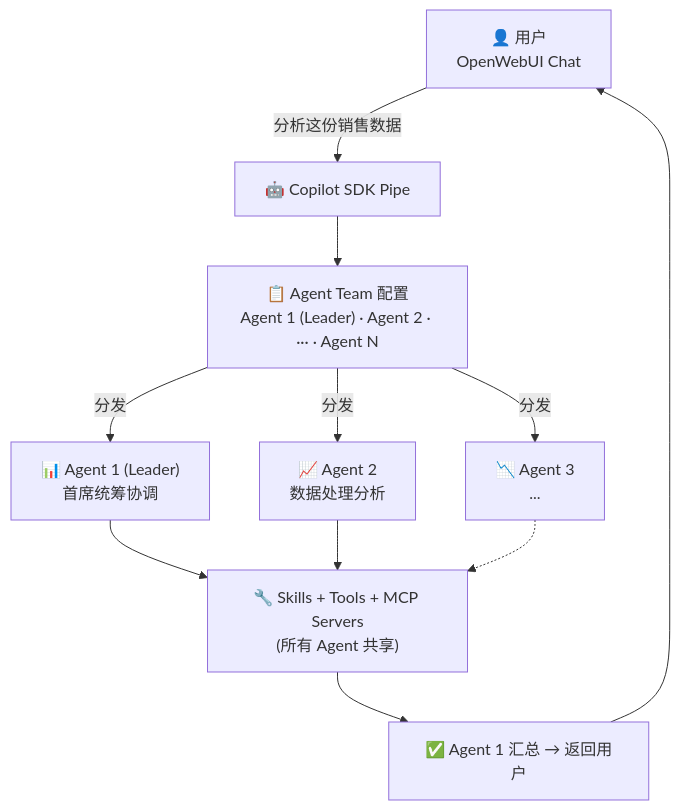
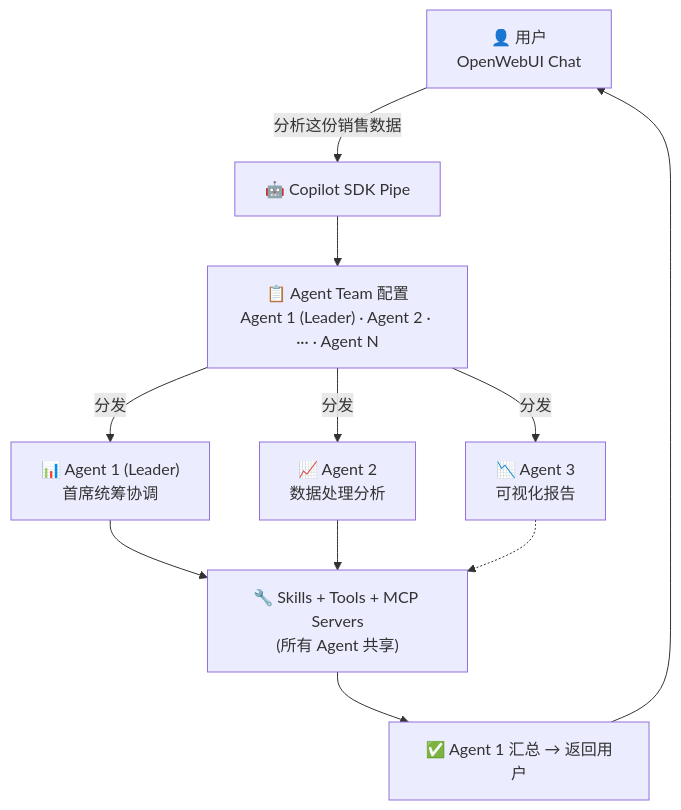
Before and after one commit to MarceloMassarente/openwebui-extensions: the diagram in plugins/pipes/github-copilot-sdk/community_post_CN.md, drawn with Mermaid. The commit also changed other lines of this file and 1 other file, not shown here.

Commit message:
docs(github-copilot-sdk): simplify greeting to 'Hi everyone!' and add real role to Agent 3 node

````diff
--- a/plugins/pipes/github-copilot-sdk/community_post_CN.md
+++ b/plugins/pipes/github-copilot-sdk/community_post_CN.md
@@ -31,22 +31,22 @@
 ```mermaid
 flowchart TD
     User["👤 用户<br/>OpenWebUI Chat"]
     Pipe["🤖 Copilot SDK Pipe"]
     Config["📋 Agent Team 配置<br/>Agent 1 (Leader) · Agent 2 · ··· · Agent N"]
     A1["📊 Agent 1 (Leader)<br/>首席统筹协调"]
     A2["📈 Agent 2<br/>数据处理分析"]
-    A3["📉 Agent 3<br/>..."]
+    A3["📉 Agent 3<br/>可视化报告"]
     Tools["🔧 Skills + Tools + MCP Servers<br/>(所有 Agent 共享)"]
     Result["✅ Agent 1 汇总 → 返回用户"]
 
     User -->|"分析这份销售数据"| Pipe
     Pipe --> Config
     Config -->|"分发"| A1
     Config -->|"分发"| A2
     Config -->|"分发"| A3
     A1 --> Tools
     A2 --> Tools
     A3 -.-> Tools
     Tools --> Result
     Result --> User
 ```
````
